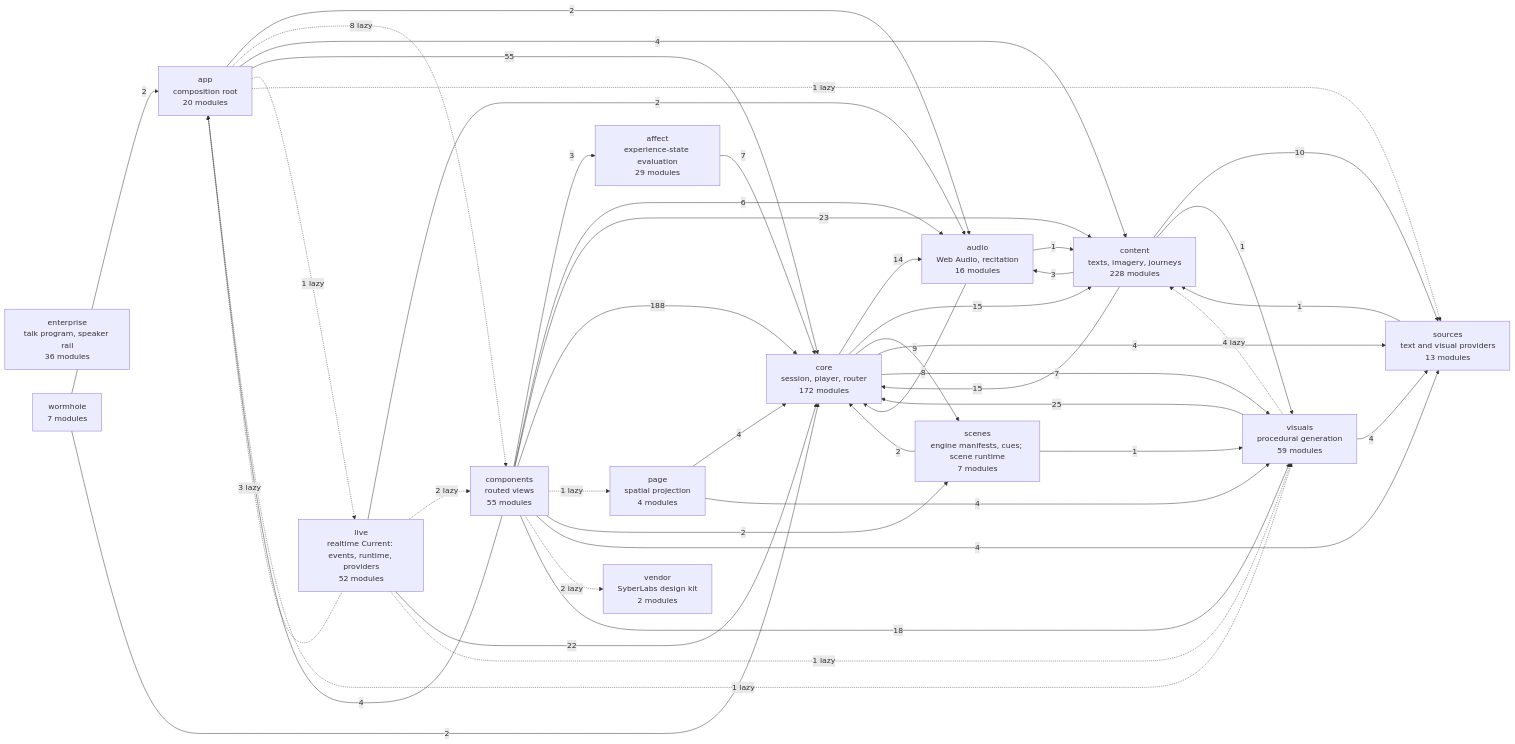
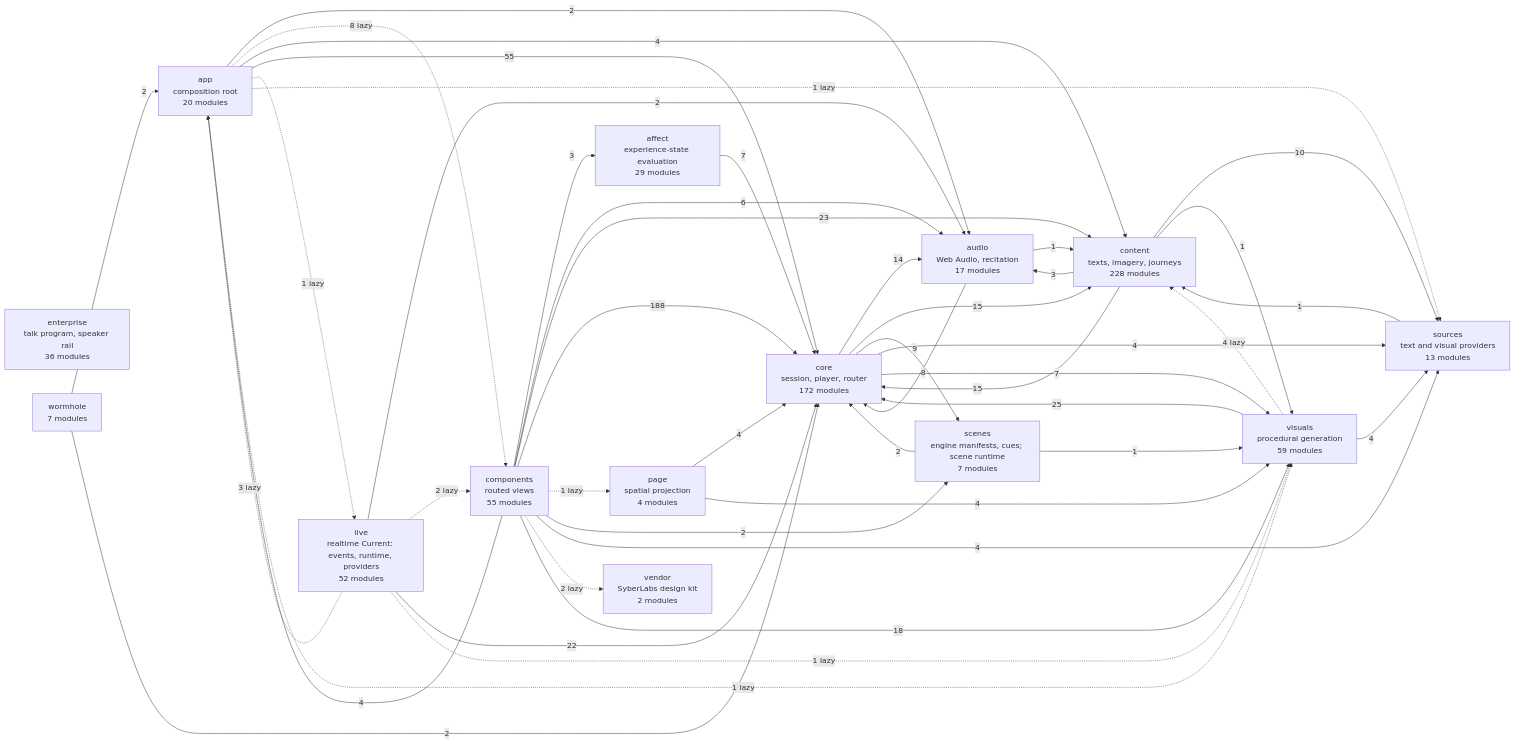
One commit to SyberLabs/RISE changed the diagram in docs/specs/ARCHITECTURE.md. Above: the diagram before and after it, drawn with Mermaid.

Commit message:
The architecture diagram counts unlock.js among the audio modules

````diff
--- a/docs/specs/ARCHITECTURE.md
+++ b/docs/specs/ARCHITECTURE.md
@@ -161,62 +161,62 @@
 ```mermaid
 flowchart LR
     affect["affect<br/>experience-state evaluation<br/>29 modules"]
     app["app<br/>composition root<br/>20 modules"]
-    audio["audio<br/>Web Audio, recitation<br/>16 modules"]
+    audio["audio<br/>Web Audio, recitation<br/>17 modules"]
     components["components<br/>routed views<br/>55 modules"]
     content["content<br/>texts, imagery, journeys<br/>228 modules"]
     core["core<br/>session, player, router<br/>172 modules"]
     enterprise["enterprise<br/>talk program, speaker rail<br/>36 modules"]
     live["live<br/>realtime Current: events, runtime, providers<br/>52 modules"]
     page["page<br/>spatial projection<br/>4 modules"]
     scenes["scenes<br/>engine manifests, cues; scene runtime<br/>7 modules"]
     sources["sources<br/>text and visual providers<br/>13 modules"]
     vendor["vendor<br/>SyberLabs design kit<br/>2 modules"]
     visuals["visuals<br/>procedural generation<br/>59 modules"]
     wormhole["wormhole<br/>7 modules"]
 
     affect --> |7| core
     app --> |2| audio
     app -.-> |8 lazy| components
     app --> |4| content
     app --> |55| core
     app -.-> |1 lazy| live
     app -.-> |1 lazy| sources
     app -.-> |1 lazy| visuals
     audio --> |1| content
     audio --> |8| core
     components --> |3| affect
     components --> |4| app
     components --> |6| audio
     components --> |23| content
     components --> |188| core
     components -.-> |1 lazy| page
     components --> |2| scenes
     components --> |4| sources
     components -.-> |2 lazy| vendor
     components --> |18| visuals
     content --> |3| audio
     content --> |15| core
     content --> |10| sources
     content --> |1| visuals
     core --> |14| audio
     core --> |15| content
     core --> |9| scenes
     core --> |4| sources
     core --> |7| visuals
     live -.-> |3 lazy| app
     live --> |2| audio
     live -.-> |2 lazy| components
     live --> |22| core
     live -.-> |1 lazy| visuals
     page --> |4| core
     page --> |4| visuals
     scenes --> |2| core
     scenes --> |1| visuals
     sources --> |1| content
     visuals -.-> |4 lazy| content
     visuals --> |25| core
     visuals --> |4| sources
     wormhole --> |2| app
     wormhole --> |2| core
 ```
````
